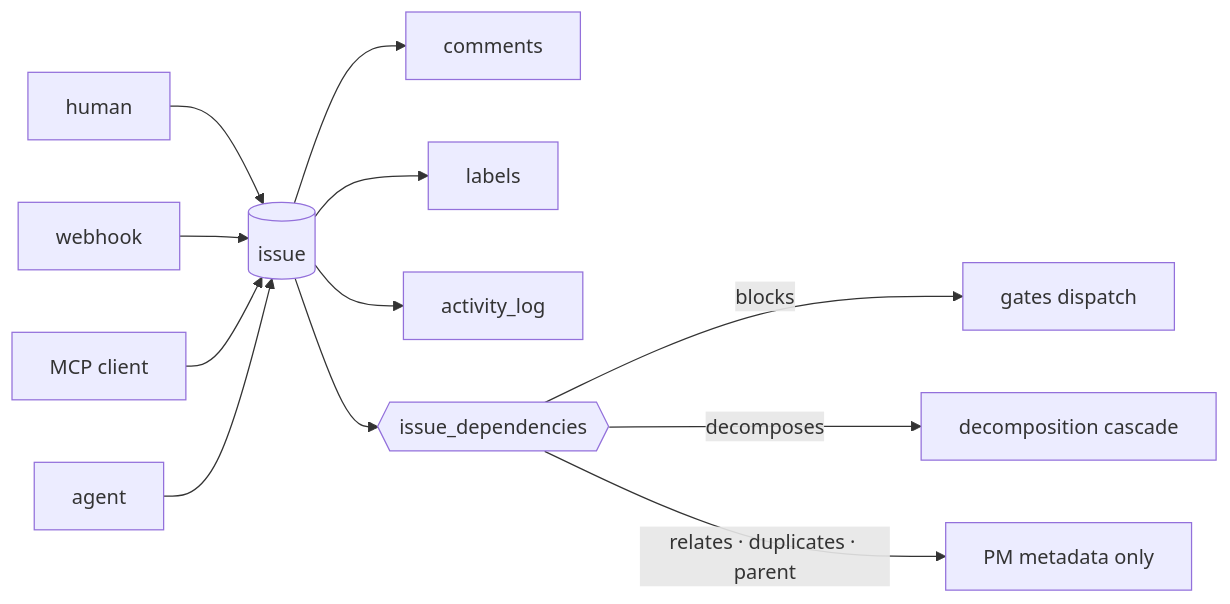
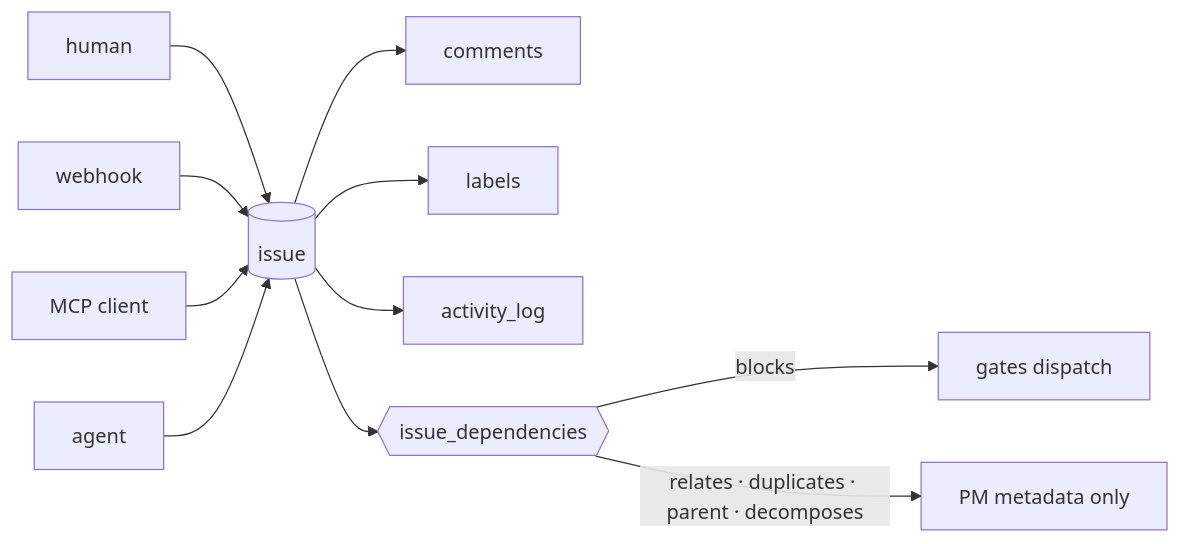
Before and after one commit to SidCorp-co/forge: the diagram in docs/modules/issue-work/README.md, drawn with Mermaid. The commit also changed other lines of this file and 9 other files, not shown here.

````diff
--- a/docs/modules/issue-work/README.md
+++ b/docs/modules/issue-work/README.md
@@ -6,14 +6,13 @@
 ```mermaid
 flowchart LR
   H[human] --> I
   W[webhook] --> I
   M[MCP client] --> I
   A[agent] --> I
   I[(issue)] --> C[comments]
   I --> L[labels]
   I --> AL[activity_log]
   I --> DEP{{issue_dependencies}}
   DEP -->|blocks| G[gates dispatch]
-  DEP -->|decomposes| CAS[decomposition cascade]
-  DEP -->|relates · duplicates · parent| MET[PM metadata only]
+  DEP -->|relates · duplicates · parent · decomposes| MET[PM metadata only]
 ```
````
